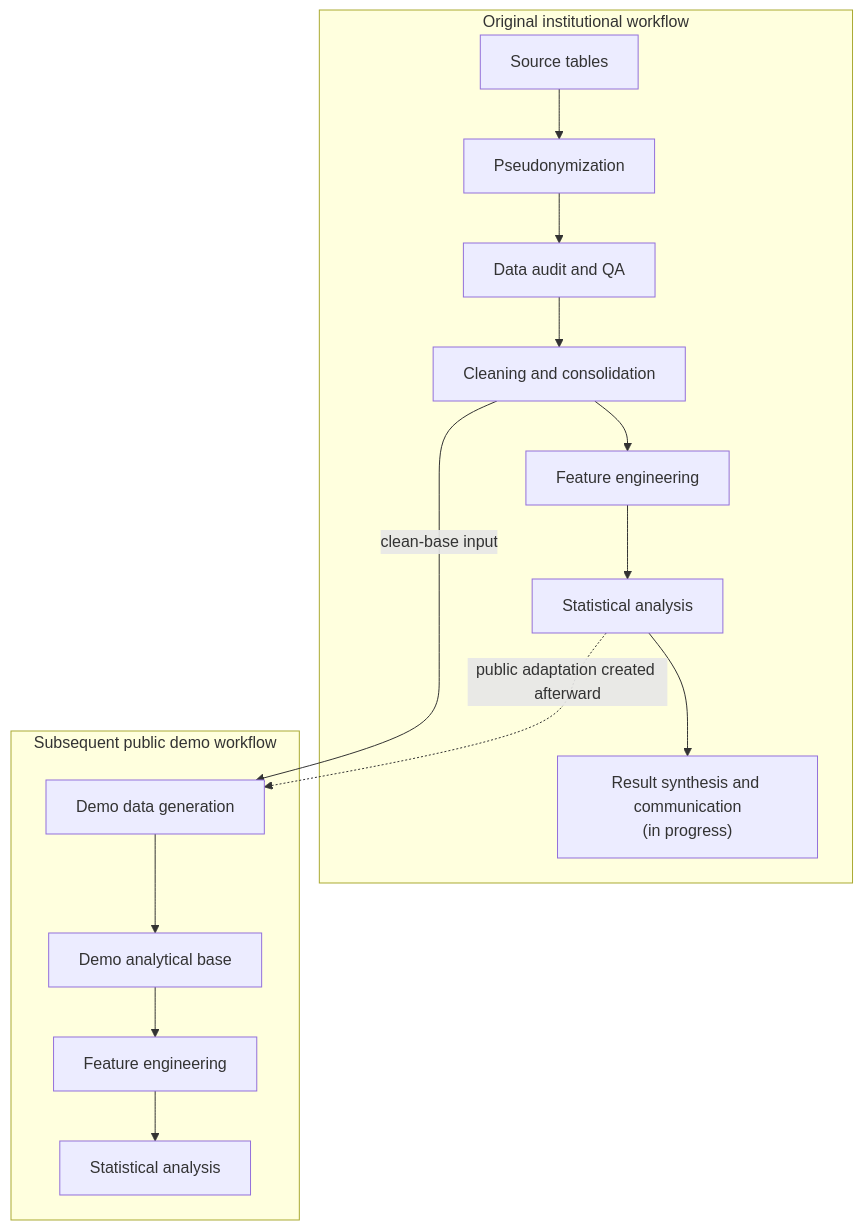
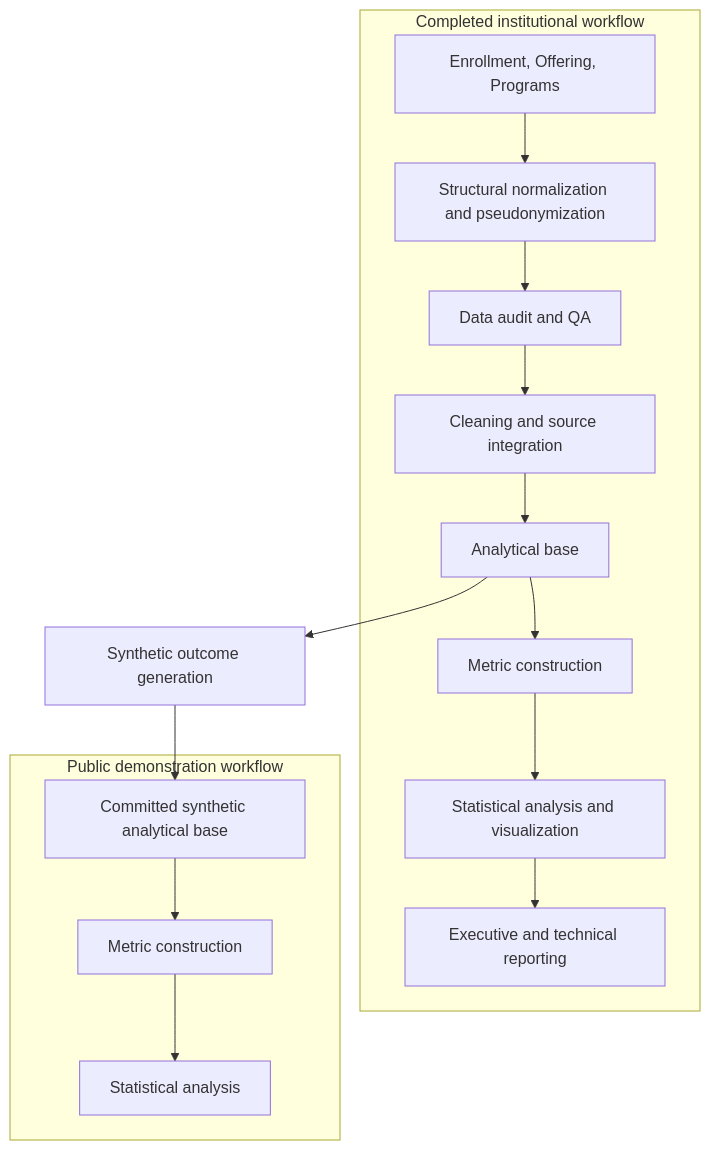
Before and after one commit to valentinarias-dtsc/higher-education-outcomes-analysis: the diagram in README.md, drawn with Mermaid. The commit also changed other lines of this file and 6 other files, not shown here.

````diff
--- a/README.md
+++ b/README.md
@@ -24,20 +25,20 @@
 ```mermaid
 flowchart TD
-    subgraph Original["Original institutional workflow"]
-        A["Source tables"] --> B["Pseudonymization"]
+    subgraph Institutional["Completed institutional workflow"]
+        A["Enrollment, Offering, Programs"] --> B["Structural normalization and pseudonymization"]
         B --> C["Data audit and QA"]
-        C --> D["Cleaning and consolidation"]
-        D --> E["Feature engineering"]
-        E --> F["Statistical analysis"]
-        F --> G["Result synthesis and communication<br/>(in progress)"]
+        C --> D["Cleaning and source integration"]
+        D --> E["Analytical base"]
+        E --> F["Metric construction"]
+        F --> G["Statistical analysis and visualization"]
+        G --> H["Executive and technical reporting"]
     end
 
-    subgraph Demo["Subsequent public demo workflow"]
-        H["Demo data generation"] --> I["Demo analytical base"]
-        I --> J["Feature engineering"]
+    subgraph Public["Public demonstration workflow"]
+        I["Committed synthetic analytical base"] --> J["Metric construction"]
         J --> K["Statistical analysis"]
     end
 
-    D -->|"clean-base input"| H
-    F -.->|"public adaptation created afterward"| H
+    E --> L["Synthetic outcome generation"]
+    L --> I
 ```
````
